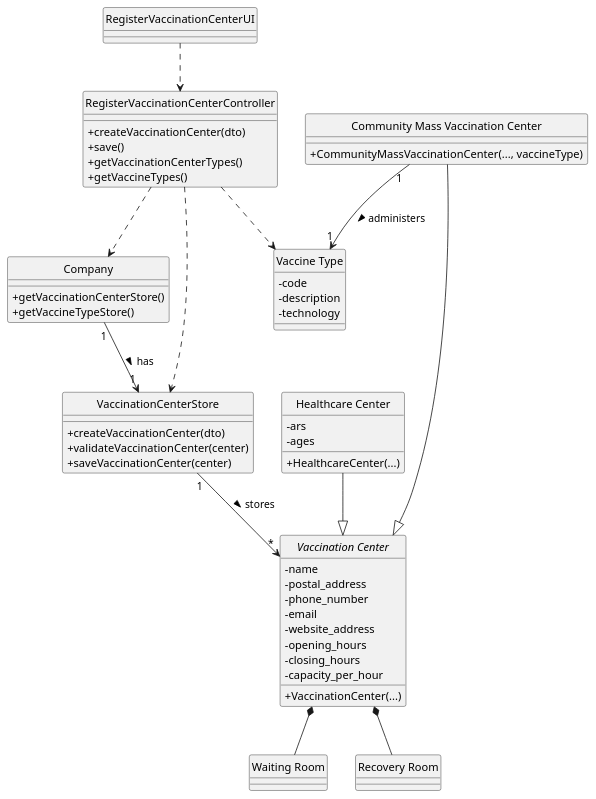
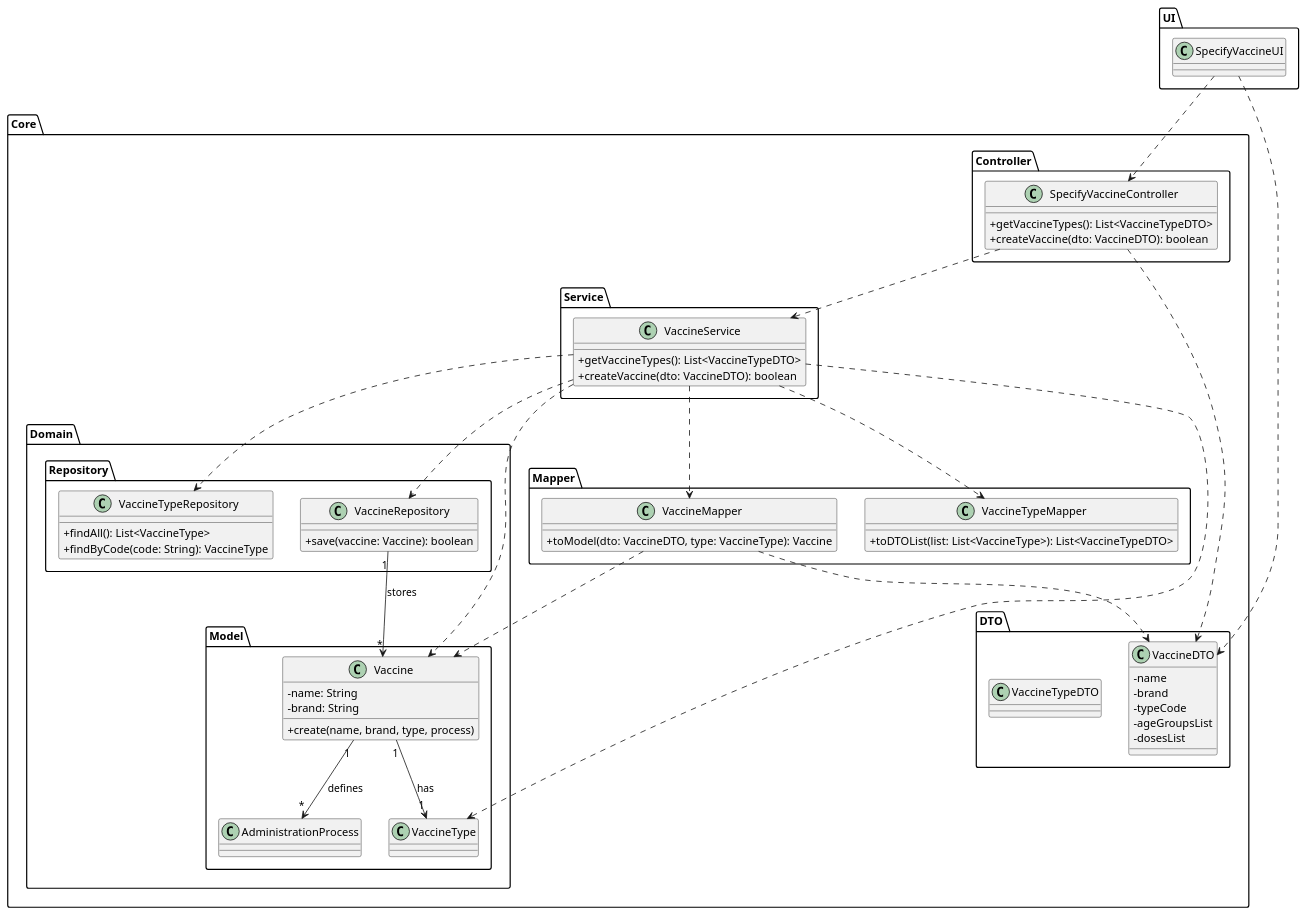
The diagram in project-template/docs/sprint3/US13/puml/US13-CD.puml (afonso51111/leti-esoft-25-26-A33), drawn with PlantUML before and after one commit. The commit also changed 201 other files, not shown here.

```diff
--- a/project-template/docs/sprint3/US13/puml/US13-CD.puml
+++ b/project-template/docs/sprint3/US13/puml/US13-CD.puml
@@ -1,76 +1,88 @@
 @startuml
 skinparam classAttributeIconSize 0
-hide circle
 
-class RegisterVaccinationCenterUI {
+package "UI" {
+  class SpecifyVaccineUI {
+  }
 }
 
-class RegisterVaccinationCenterController {
-  + createVaccinationCenter(dto)
-  + save()
-  + getVaccinationCenterTypes()
-  + getVaccineTypes()
+package "Core" {
+
+  package "Controller" {
+    class SpecifyVaccineController {
+      + getVaccineTypes(): List<VaccineTypeDTO>
+      + createVaccine(dto: VaccineDTO): boolean
+    }
+  }
+
+  package "Service" {
+    class VaccineService {
+      + getVaccineTypes(): List<VaccineTypeDTO>
+      + createVaccine(dto: VaccineDTO): boolean
+    }
+  }
+
+  package "Domain" {
+    package "Model" {
+      class Vaccine {
+        - name: String
+        - brand: String
+        + create(name, brand, type, process)
+      }
+      class VaccineType {}
+      class AdministrationProcess {}
+    }
+
+    package "Repository" {
+      class VaccineRepository {
+        + save(vaccine: Vaccine): boolean
+      }
+      class VaccineTypeRepository {
+        + findAll(): List<VaccineType>
+        + findByCode(code: String): VaccineType
+      }
+    }
+  }
+
+  package "DTO" {
+    class VaccineDTO {
+      - name
+      - brand
+      - typeCode
+      - ageGroupsList
+      - dosesList
+    }
+    class VaccineTypeDTO {}
+  }
+
+  package "Mapper" {
+    class VaccineMapper {
+      + toModel(dto: VaccineDTO, type: VaccineType): Vaccine
+    }
+    class VaccineTypeMapper {
+      + toDTOList(list: List<VaccineType>): List<VaccineTypeDTO>
+    }
+  }
 }
 
-class Company {
-  + getVaccinationCenterStore()
-  + getVaccineTypeStore()
-}
+SpecifyVaccineUI ..> SpecifyVaccineController
+SpecifyVaccineUI ..> VaccineDTO
 
-class VaccinationCenterStore {
-  + createVaccinationCenter(dto)
-  + validateVaccinationCenter(center)
-  + saveVaccinationCenter(center)
-}
+SpecifyVaccineController ..> VaccineService
+SpecifyVaccineController ..> VaccineDTO
 
-abstract class "Vaccination Center" {
-  - name
-  - postal_address
-  - phone_number
-  - email
-  - website_address
-  - opening_hours
-  - closing_hours
-  - capacity_per_hour
-  + VaccinationCenter(...)
-}
+VaccineService ..> VaccineRepository
+VaccineService ..> VaccineTypeRepository
+VaccineService ..> VaccineMapper
+VaccineService ..> VaccineTypeMapper
+VaccineService ..> Vaccine
+VaccineService ..> VaccineType
 
-class "Healthcare Center" {
-  - ars
-  - ages
-  + HealthcareCenter(...)
-}
+VaccineMapper ..> VaccineDTO
+VaccineMapper ..> Vaccine
 
-class "Community Mass Vaccination Center" {
-  + CommunityMassVaccinationCenter(..., vaccineType)
-}
-
-class "Vaccine Type" {
-    - code
-    - description
-    - technology
-}
-
-class "Waiting Room" {
-}
-class "Recovery Room" {
-}
-
-RegisterVaccinationCenterUI ..> RegisterVaccinationCenterController
-RegisterVaccinationCenterController ..> Company
-RegisterVaccinationCenterController ..> VaccinationCenterStore
-
-RegisterVaccinationCenterController ..> "Vaccine Type"
-
-Company "1" --> "1" VaccinationCenterStore : has >
-VaccinationCenterStore "1" --> "*" "Vaccination Center" : stores >
-
-"Healthcare Center" --|> "Vaccination Center"
-"Community Mass Vaccination Center" --|> "Vaccination Center"
-
-"Community Mass Vaccination Center" "1" --> "1" "Vaccine Type" : administers >
-
-"Vaccination Center" *-- "Waiting Room"
-"Vaccination Center" *-- "Recovery Room"
+VaccineRepository "1" --> "*" Vaccine : stores
+Vaccine "1" --> "1" VaccineType : has
+Vaccine "1" --> "*" AdministrationProcess : defines
 
 @enduml
```
